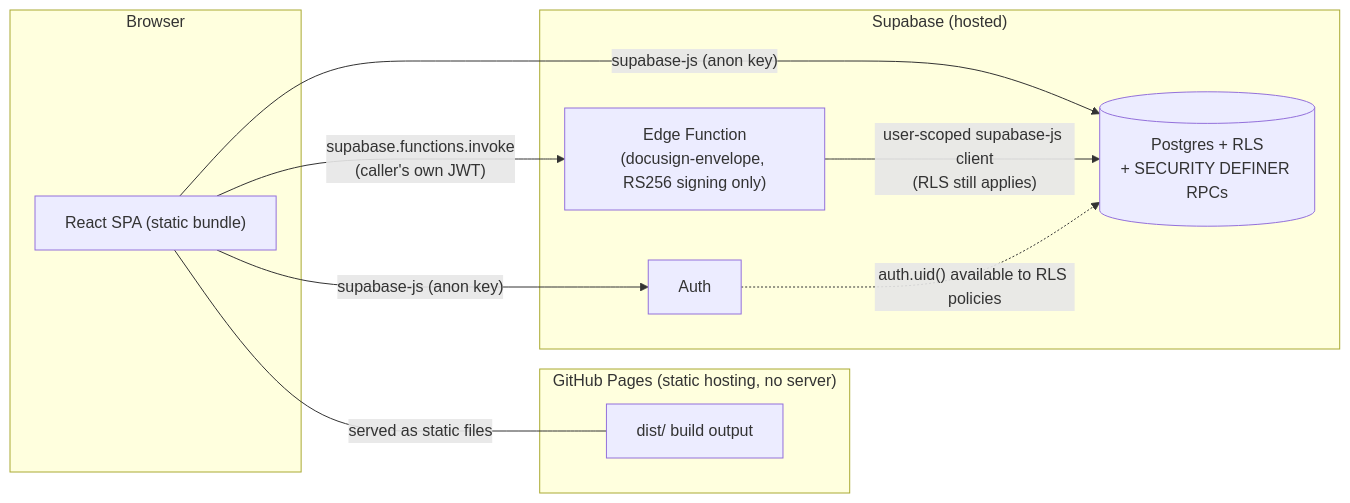
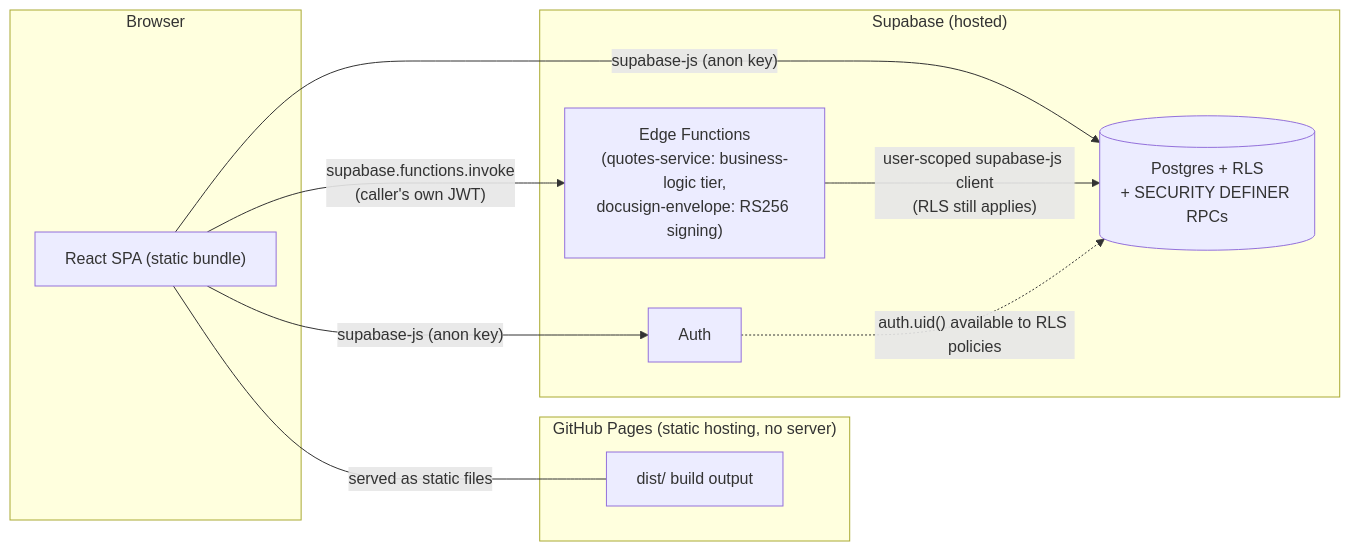
Before and after one commit to venkyi21/sst-freight: the first of 9 diagrams in docs/sdd.md, drawn with Mermaid. The commit also changed other lines of this file and 17 other files, not shown here.

First line of the commit message:
Move Quotes to a business-logic tier: quotes-service Edge Function + atomic convert RPC (ADR-0030)

````diff
--- a/docs/sdd.md
+++ b/docs/sdd.md
@@ -16,21 +21,21 @@
 ```mermaid
 flowchart LR
   subgraph Browser
     A["React SPA (static bundle)"]
   end
   subgraph Host["GitHub Pages (static hosting, no server)"]
     B["dist/ build output"]
   end
   subgraph Supabase["Supabase (hosted)"]
     D[Auth]
     C[("Postgres + RLS\n+ SECURITY DEFINER RPCs")]
-    E["Edge Function\n(docusign-envelope, RS256 signing only)"]
+    E["Edge Functions\n(quotes-service: business-logic tier,\ndocusign-envelope: RS256 signing)"]
   end
 
   A -- "served as static files" --- B
   A -- "supabase-js (anon key)" --> D
   A -- "supabase-js (anon key)" --> C
   A -- "supabase.functions.invoke\n(caller's own JWT)" --> E
   E -- "user-scoped supabase-js client\n(RLS still applies)" --> C
   D -. "auth.uid() available to RLS policies" .-> C
 ```
````
